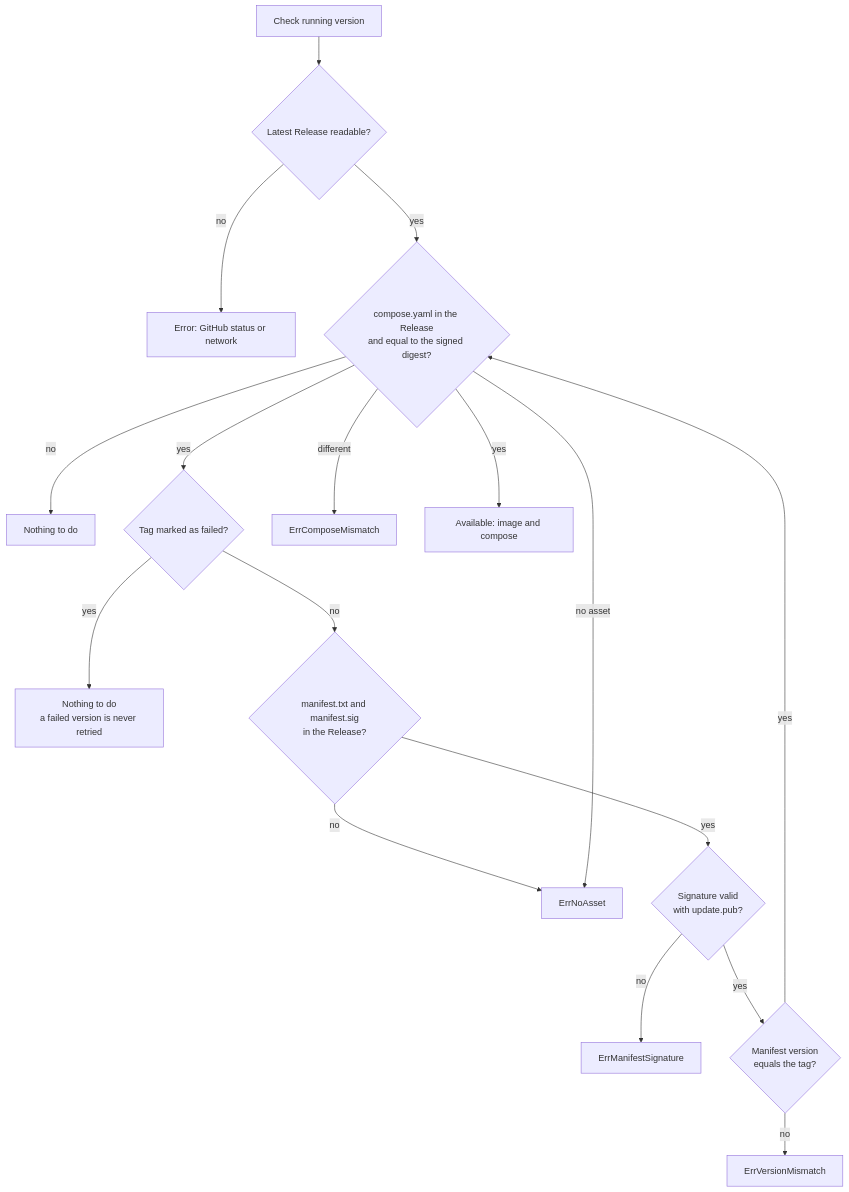
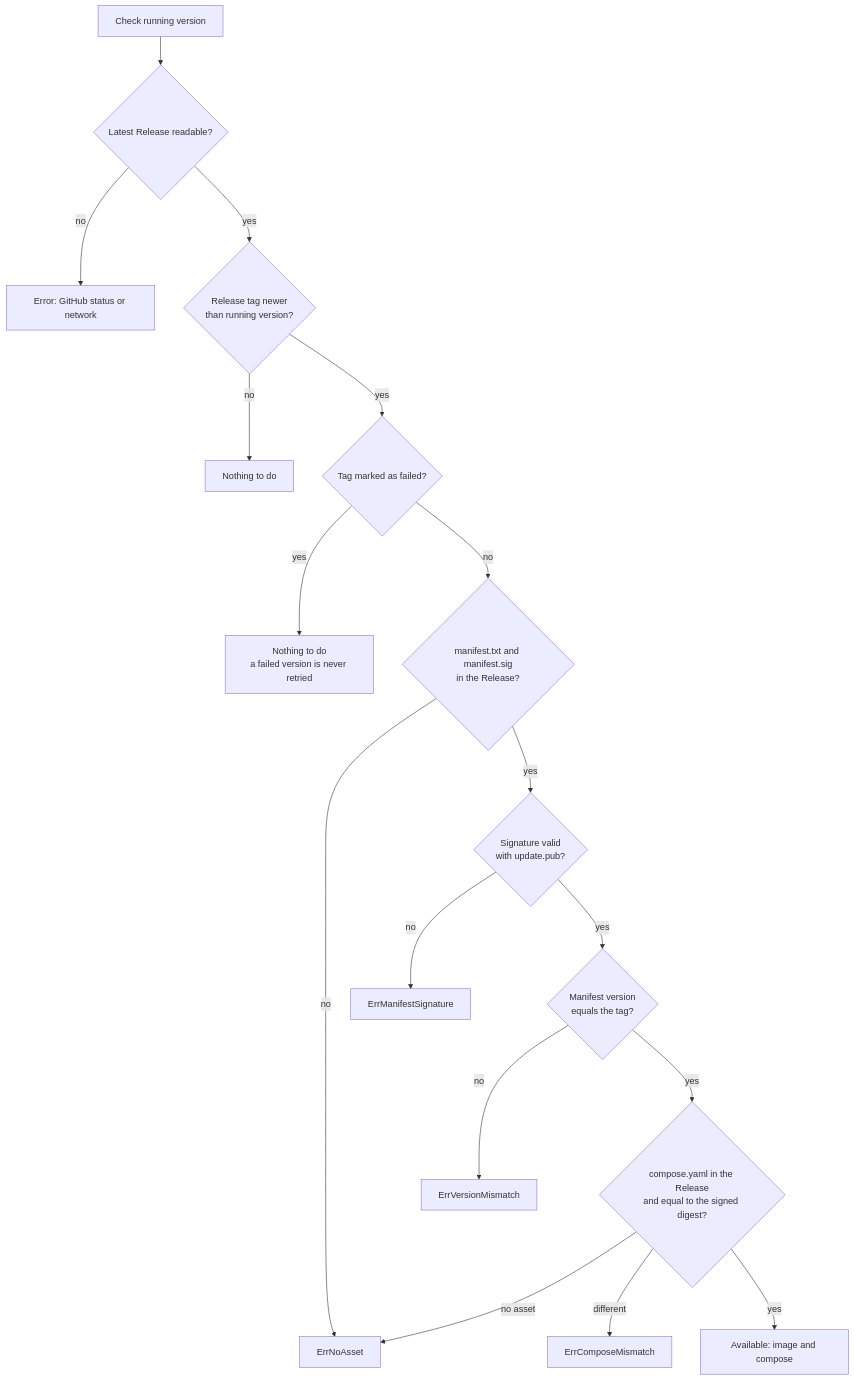
The diagram in docs/diagrams/CHECK_FLOW.md (webtyp/selfupdate), drawn with Mermaid before and after one commit. The commit also changed other lines of this file and 7 other files, not shown here.

First line of the commit message:
docs: concise tutorial README and architecture flows

````diff
--- a/docs/diagrams/CHECK_FLOW.md
+++ b/docs/diagrams/CHECK_FLOW.md
@@ -5,19 +5,19 @@
 ```mermaid
 flowchart TD
     A[Check running version] --> B{Latest Release readable?}
     B -->|no| X1[Error: GitHub status or network]
     B -->|yes| C{Release tag newer<br/>than running version?}
     C -->|no| N1[Nothing to do]
     C -->|yes| D{Tag marked as failed?}
     D -->|yes| N2[Nothing to do<br/>a failed version is never retried]
     D -->|no| E{manifest.txt and manifest.sig<br/>in the Release?}
     E -->|no| X2[ErrNoAsset]
     E -->|yes| F{Signature valid<br/>with update.pub?}
     F -->|no| X3[ErrManifestSignature]
     F -->|yes| G{Manifest version<br/>equals the tag?}
     G -->|no| X4[ErrVersionMismatch]
-    G -->|yes| C{compose.yaml in the Release<br/>and equal to the signed digest?}
-    C -->|no asset| X2
-    C -->|different| X5[ErrComposeMismatch]
-    C -->|yes| H[Available: image and compose]
+    G -->|yes| H{compose.yaml in the Release<br/>and equal to the signed digest?}
+    H -->|no asset| X2
+    H -->|different| X5[ErrComposeMismatch]
+    H -->|yes| OK[Available: image and compose]
 ```
````
